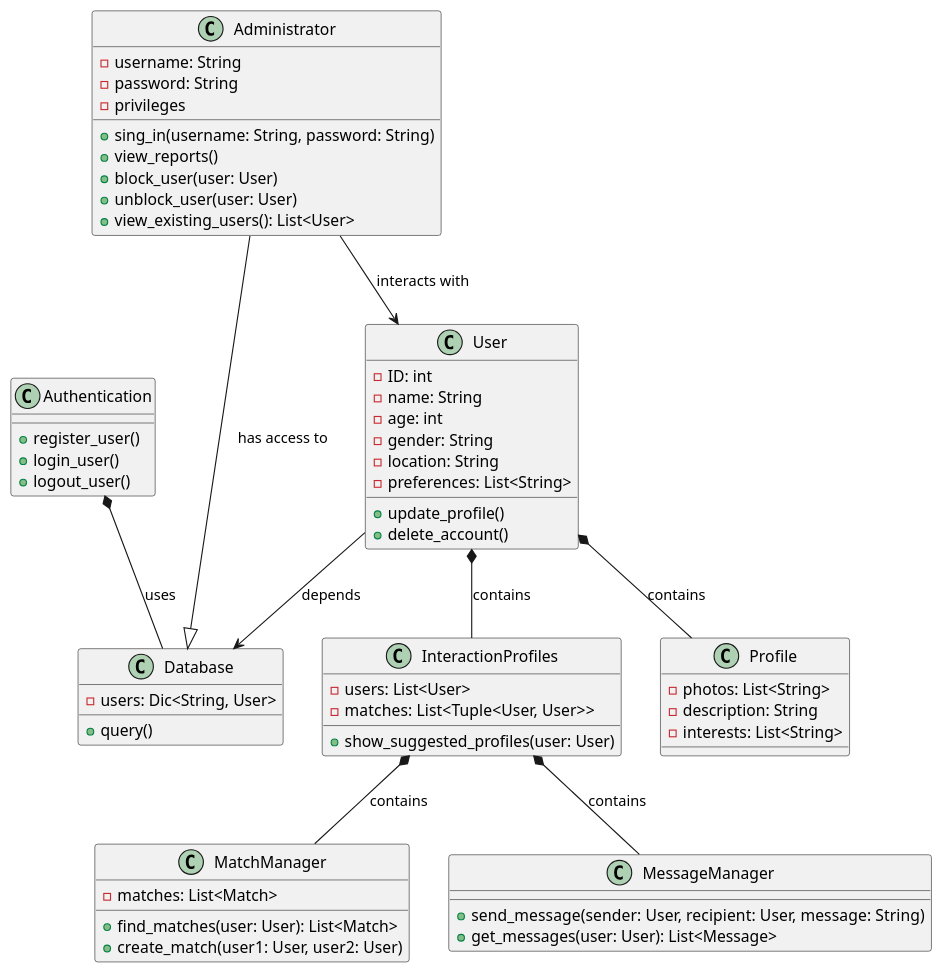
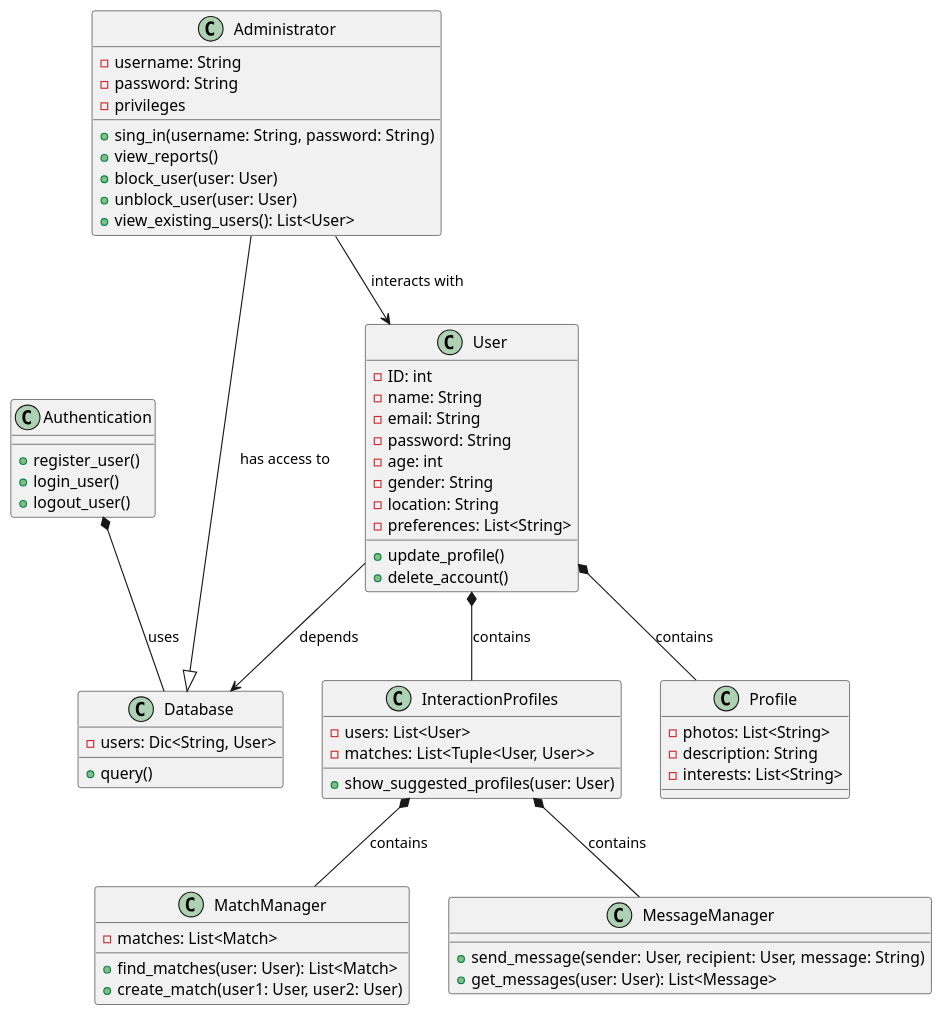
The diagram in docs/Class Diagrams/all_classes_diagram.puml (JuanSevedz/UDinder), drawn with PlantUML before and after one commit. The commit also changed 6 other files, not shown here.

```diff
--- a/docs/Class Diagrams/all_classes_diagram.puml
+++ b/docs/Class Diagrams/all_classes_diagram.puml
@@ -1,73 +1,75 @@
 @startuml CD_relation_classes
 class User {
     - ID: int
     - name: String
+    - email: String
+    - password: String
     - age: int
     - gender: String
     - location: String
     - preferences: List<String>
     + update_profile()
     + delete_account()
 }
 
 class MatchManager {
     - matches: List<Match>
 
     + find_matches(user: User): List<Match>
     + create_match(user1: User, user2: User)
 }
 
 class MessageManager {
     + send_message(sender: User, recipient: User, message: String)
     + get_messages(user: User): List<Message>
 }
 
 class Authentication {
     + register_user()
     + login_user()
     + logout_user()
 }
 
 class Database {
     - users: Dic<String, User>
 
     + query()
 }
 
 class Administrator {
     - username: String
     - password: String
     - privileges
 
     + sing_in(username: String, password: String)
     + view_reports()
     + block_user(user: User)
     + unblock_user(user: User)
     + view_existing_users(): List<User>
 }
 
 class Profile {
     - photos: List<String>
     - description: String
     - interests: List<String>
 }
 
 class InteractionProfiles {
     - users: List<User>
     - matches: List<Tuple<User, User>>
 
     + show_suggested_profiles(user: User)
 }
 
 User *-- Profile : contains
 User *-- InteractionProfiles : contains
 User --> Database : depends
 
 Administrator --|> Database : has access to
 Administrator --> User : interacts with
 
 Authentication *--  Database : uses
 
 InteractionProfiles *-- MatchManager : contains
 InteractionProfiles *-- MessageManager : contains
 @enduml
```
